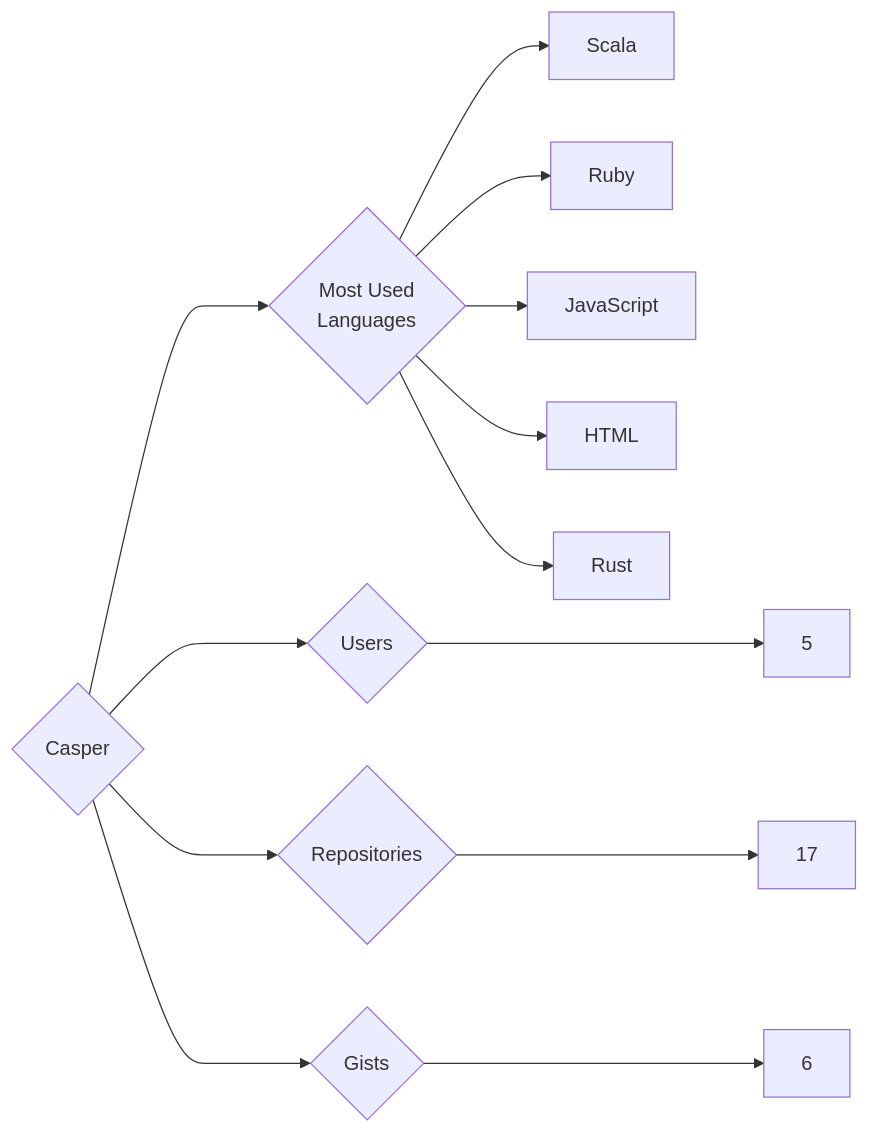
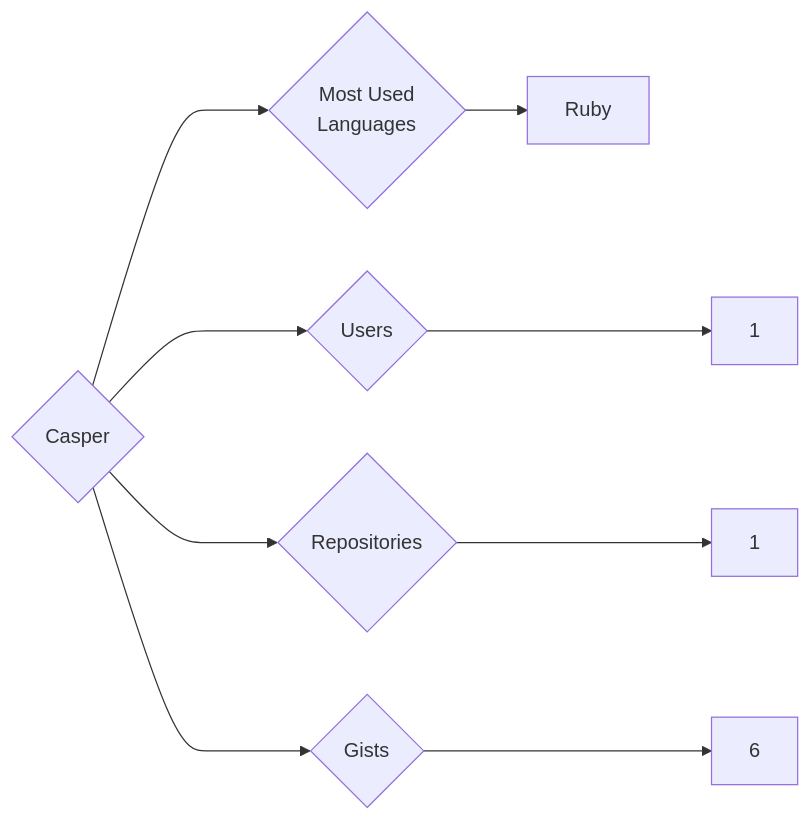
One commit to trickest/insiders changed the diagram in targets/Casper/README.md. Above: the diagram before and after it, drawn with Mermaid. The commit also changed 924 other files, not shown here.

````diff
--- a/targets/Casper/README.md
+++ b/targets/Casper/README.md
@@ -3,13 +3,9 @@
 ```mermaid
 graph LR
 COMPANY_NAME{Casper}
-COMPANY_NAME ---> U{Users} ---> UN[5]
-COMPANY_NAME ---> R{Repositories} ---> RN[17]
+COMPANY_NAME ---> U{Users} ---> UN[1]
+COMPANY_NAME ---> R{Repositories} ---> RN[1]
 COMPANY_NAME ---> G{Gists} ---> GN[6]
 COMPANY_NAME ---> ML{Most Used<br>Languages}
-ML --> Scala[Scala]
 ML --> Ruby[Ruby]
-ML --> JavaScript[JavaScript]
-ML --> HTML[HTML]
-ML --> Rust[Rust]
 ```
````
